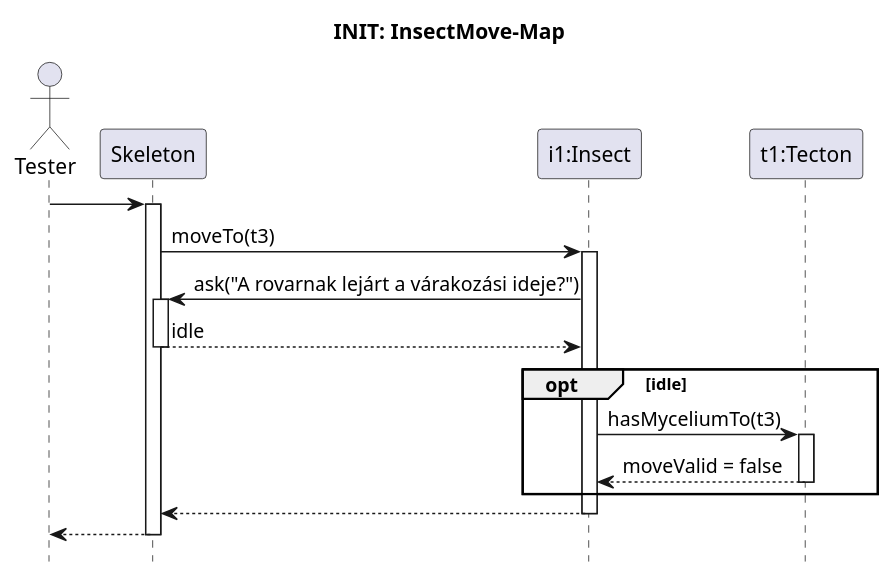
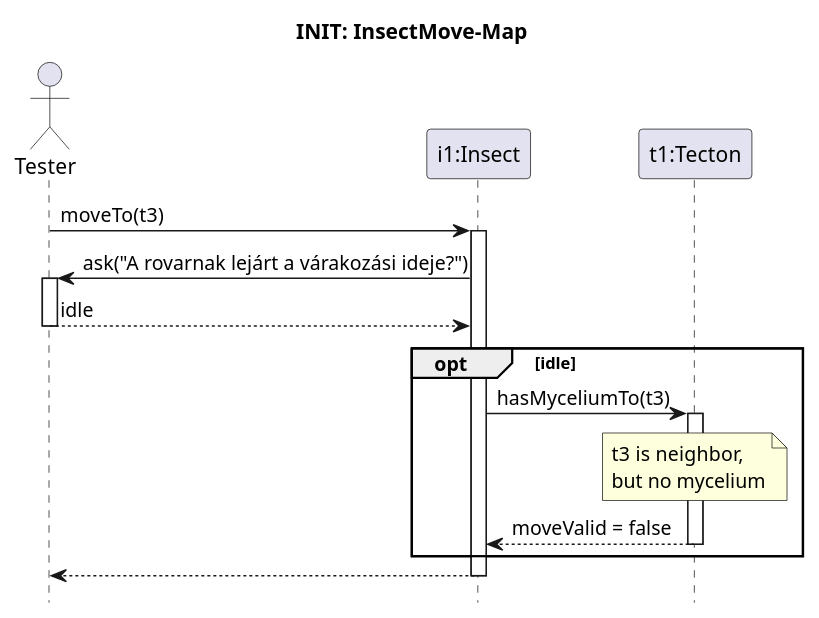
The diagram in Skeleton/Insect-move/no-mycelium.pu (ZD4ve/projlab-error521), drawn with PlantUML before and after one commit. The commit also changed 6 other files, not shown here.

```diff
--- a/Skeleton/Insect-move/no-mycelium.pu
+++ b/Skeleton/Insect-move/no-mycelium.pu
@@ -1,33 +1,28 @@
 @startuml Insect-move/no-mycelium
 hide footbox
 title INIT: InsectMove-Map
 
-actor Tester
-'TODO: Skeleton neve :Skeleton vagy csak Skeleton?
-participant Skeleton
+actor Tester as S
 participant "i1:Insect" as insect
 participant "i1:Insect" as insect
 participant "t1:Tecton" as location
 
-Tester -> Skeleton
-activate Skeleton
-Skeleton -> insect : moveTo(t3)
+S -> insect : moveTo(t3)
 activate insect
 
-Skeleton <- insect : ask("A rovarnak lejárt a várakozási ideje?")
-activate Skeleton
+S <- insect : ask("A rovarnak lejárt a várakozási ideje?")
+activate S
 return idle
 
 opt idle
 
     insect -> location : hasMyceliumTo(t3)
     activate location
-
+    note over location : t3 is neighbor,\nbut no mycelium
     'TODO: érték?
     return moveValid = false
 end
 
 return
-return
 
 @enduml
```
